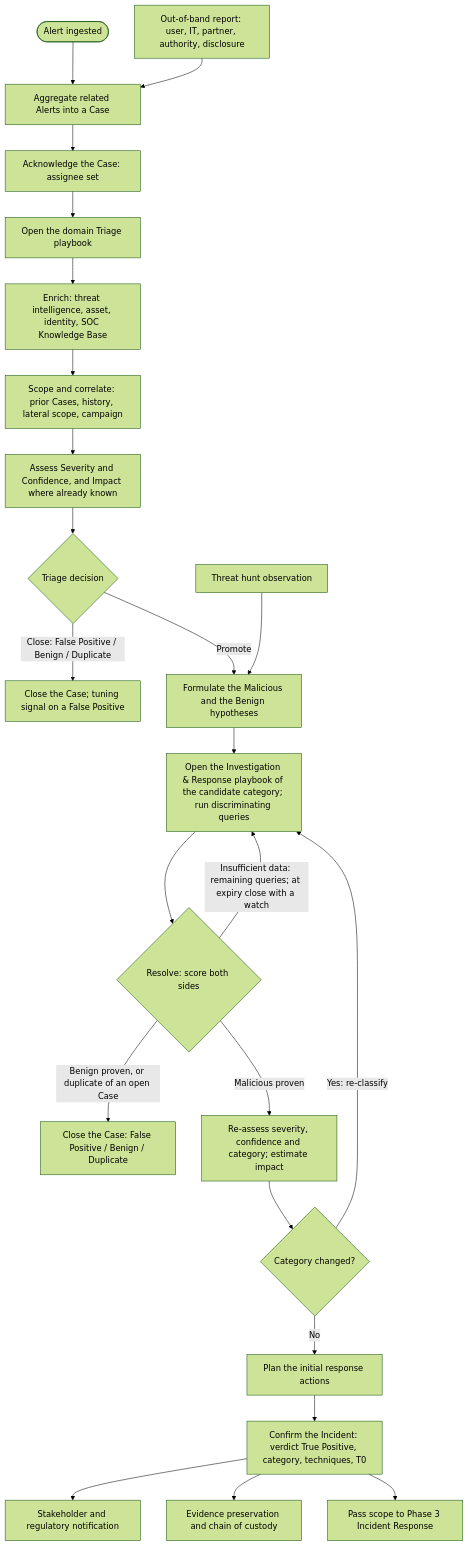
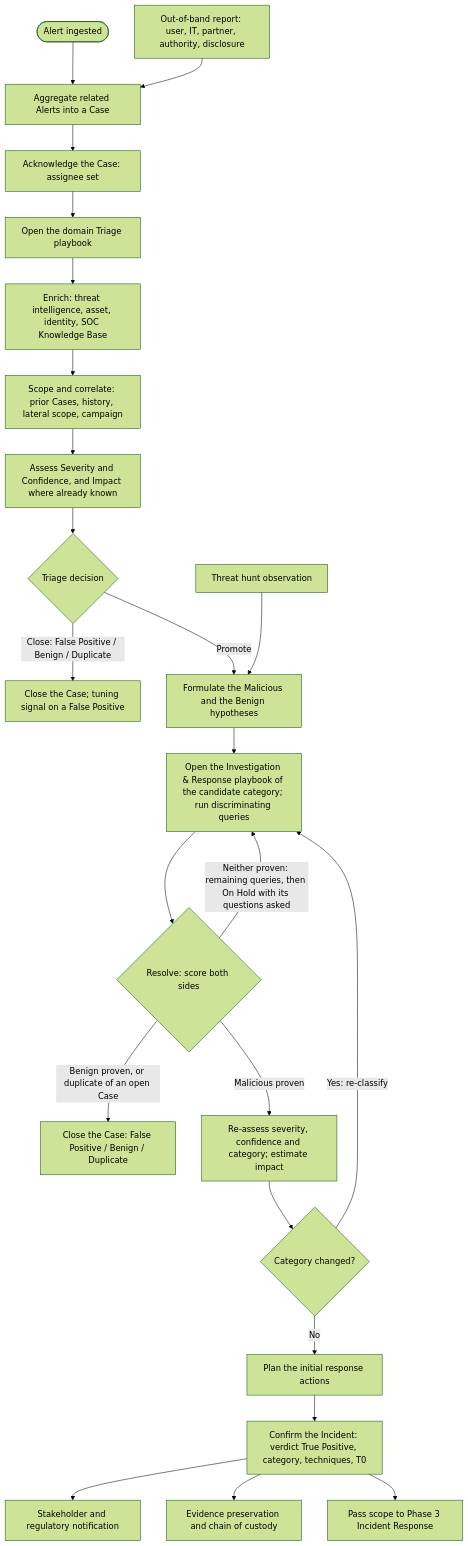
One commit to ZeroSOC/zerosoc-framework changed the diagram in 03-Processes/02-detection_and_analysis.md. Above: the diagram before and after it, drawn with Mermaid (forest theme). The commit also changed other lines of this file and 5 other files, not shown here.

First line of the commit message:
docs: an undecided Case is held On Hold and asks for its evidence; no clock closes it (DD-34)

````diff
--- a/03-Processes/02-detection_and_analysis.md
+++ b/03-Processes/02-detection_and_analysis.md
@@ -17,26 +17,26 @@
 ```mermaid
 graph TD
     Start([Alert ingested]) --> Agg[Aggregate related Alerts into a Case]
     OOB[Out-of-band report: user, IT, partner, authority, disclosure] --> Agg
     Agg --> Ack[Acknowledge the Case: assignee set]
     Ack --> Cart[Open the domain Triage playbook]
     Cart --> Enrich[Enrich: threat intelligence, asset, identity, SOC Knowledge Base]
     Enrich --> Scope[Scope and correlate: prior Cases, history, lateral scope, campaign]
     Scope --> Prioritize[Assess Severity and Confidence, and Impact where already known]
     Prioritize --> TriageDecision{Triage decision}
     TriageDecision -->|"Close: False Positive / Benign / Duplicate"| CloseT[Close the Case; tuning signal on a False Positive]
     TriageDecision -->|Promote| Hyp[Formulate the Malicious and the Benign hypotheses]
     Hunt[Threat hunt observation] --> Hyp
     Hyp --> Playbooks[Open the Investigation & Response playbook of the candidate category; run discriminating queries]
     Playbooks --> Resolve{Resolve: score both sides}
     Resolve -->|"Benign proven, or duplicate of an open Case"| CloseI[Close the Case: False Positive / Benign / Duplicate]
-    Resolve -->|"Insufficient data: remaining queries; at expiry close with a watch"| Playbooks
+    Resolve -->|"Neither proven: remaining queries, then On Hold with its questions asked"| Playbooks
     Resolve -->|"Malicious proven"| Assess[Re-assess severity, confidence and category; estimate impact]
     Assess --> Reclass{Category changed?}
     Reclass -->|"Yes: re-classify"| Playbooks
     Reclass -->|No| PlanR[Plan the initial response actions]
     PlanR --> Decl[Confirm the Incident: verdict True Positive, category, techniques, T0]
     Decl --> Notify[Stakeholder and regulatory notification]
     Decl --> Evid[Evidence preservation and chain of custody]
     Decl --> Pass[Pass scope to Phase 3 Incident Response]
 ```
````
